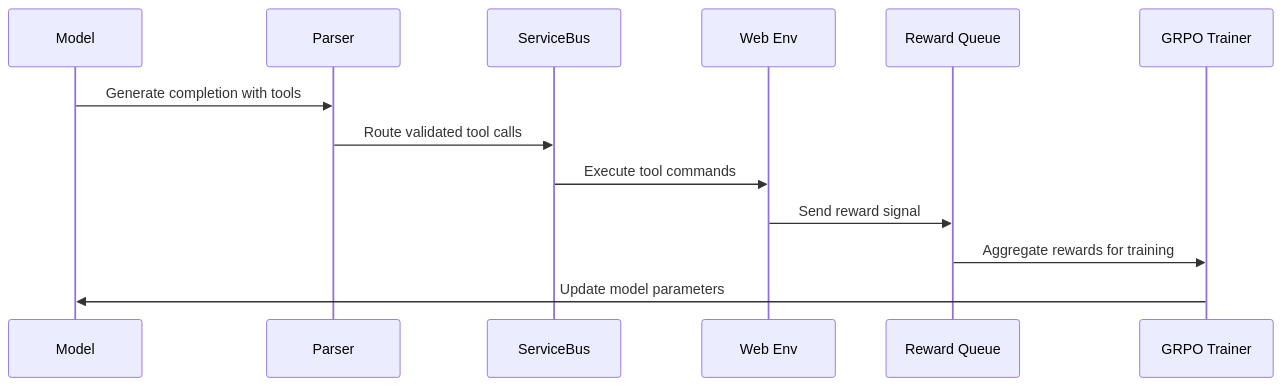
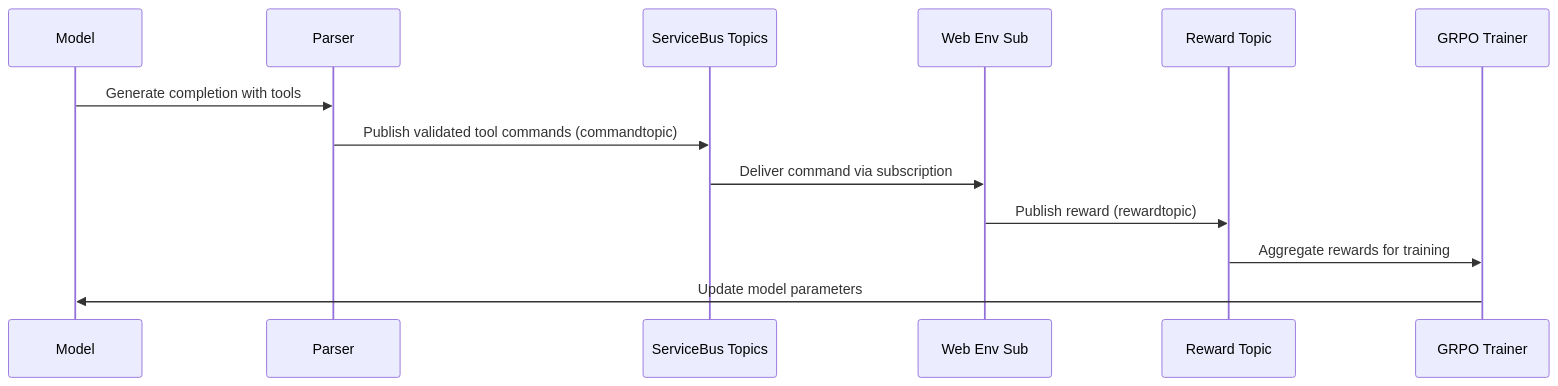
Before and after one commit to Prathmesh234/AsyncRL: the second of 2 diagrams in serving/features/grpo_training.md, drawn with Mermaid. The commit also changed other lines of this file and 24 other files, not shown here.

Commit message:
Migration from queue -> topic

````diff
--- a/serving/features/grpo_training.md
+++ b/serving/features/grpo_training.md
@@ -166,16 +161,15 @@
 ```mermaid
 sequenceDiagram
     participant M as Model
     participant P as Parser
-    participant SB as ServiceBus
-    participant WE as Web Env
-    participant RQ as Reward Queue
+    participant SB as ServiceBus Topics
+    participant WE as Web Env Sub
+    participant R as Reward Topic
     participant GT as GRPO Trainer
-    
     M->>P: Generate completion with tools
-    P->>SB: Route validated tool calls
-    SB->>WE: Execute tool commands
-    WE->>RQ: Send reward signal
-    RQ->>GT: Aggregate rewards for training
+    P->>SB: Publish validated tool commands (commandtopic)
+    SB->>WE: Deliver command via subscription
+    WE->>R: Publish reward (rewardtopic)
+    R->>GT: Aggregate rewards for training
     GT->>M: Update model parameters
 ```
````
